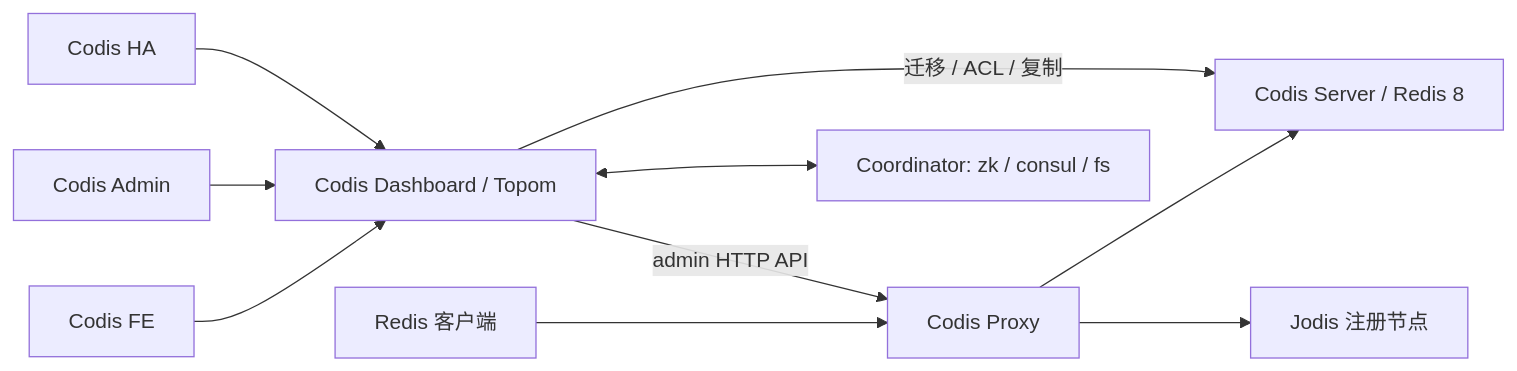
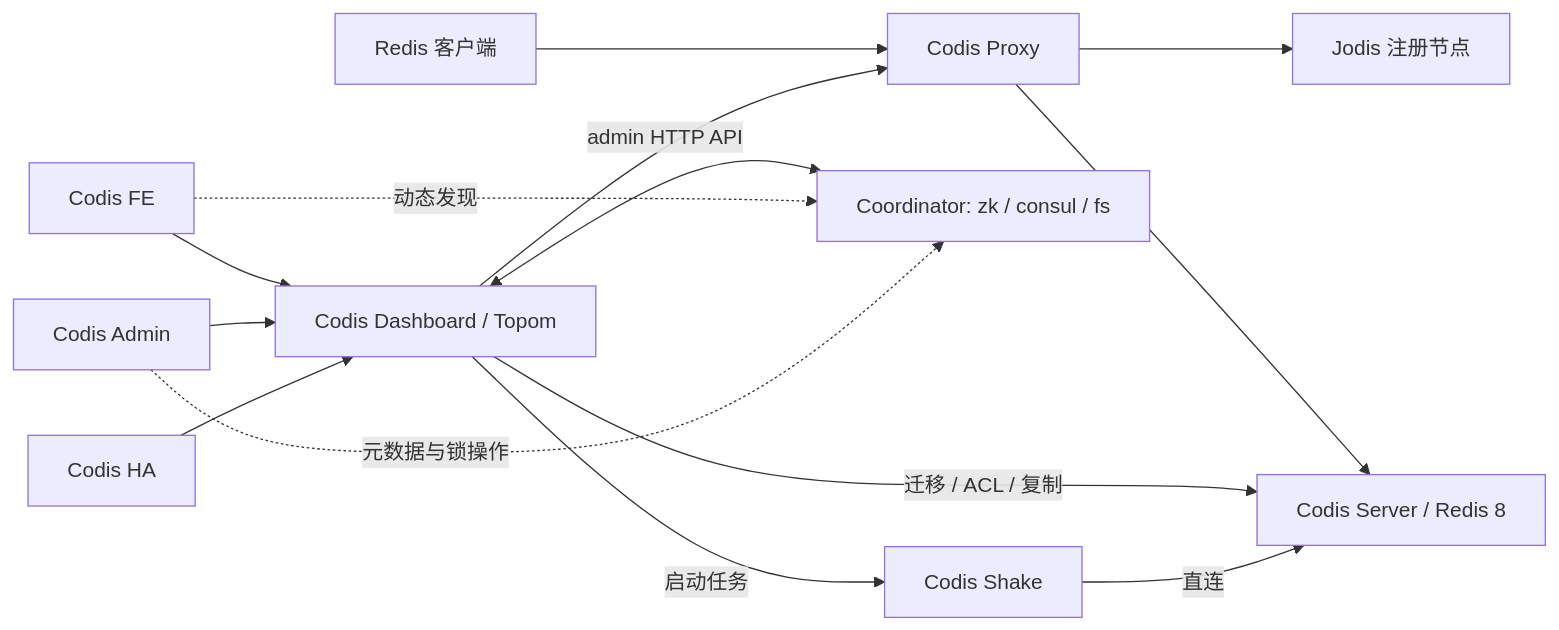
Before and after one commit to realli07kkk/codis: the diagram in doc/architecture_zh.md, drawn with Mermaid. The commit also changed other lines of this file and 16 other files, not shown here.

````diff
--- a/doc/architecture_zh.md
+++ b/doc/architecture_zh.md
@@ -32,12 +32,16 @@
 ```mermaid
 flowchart LR
   Client[Redis 客户端] --> Proxy[Codis Proxy]
   Proxy --> Server[Codis Server / Redis 8]
   Dashboard[Codis Dashboard / Topom] -->|admin HTTP API| Proxy
   Dashboard -->|迁移 / ACL / 复制| Server
   Dashboard <--> Store[Coordinator: zk / consul / fs]
   FE[Codis FE] --> Dashboard
+  FE -.->|动态发现| Store
   Admin[Codis Admin] --> Dashboard
+  Admin -.->|元数据与锁操作| Store
   HA[Codis HA] --> Dashboard
   Proxy --> Jodis[Jodis 注册节点]
+  Dashboard -->|启动任务| Shake[Codis Shake]
+  Shake -->|直连| Server
 ```
````
